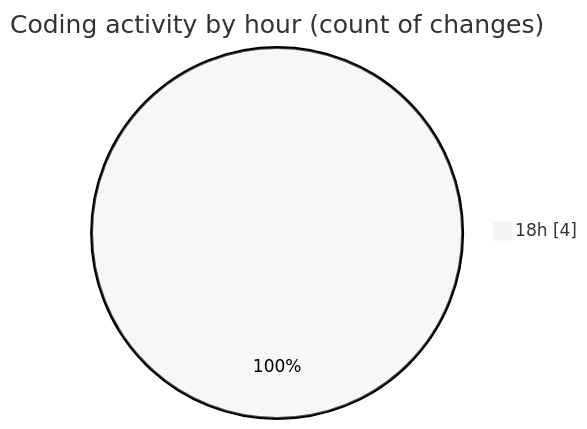
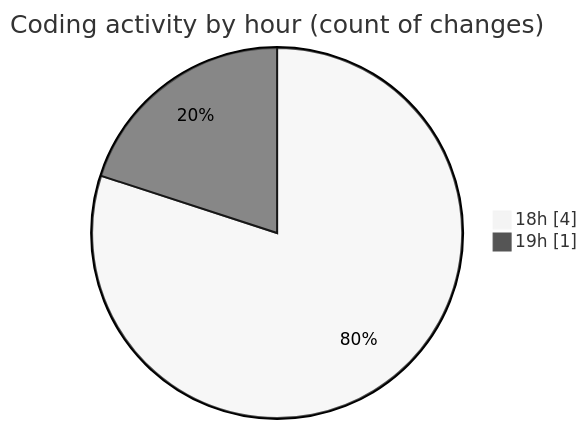
Before and after one commit to idhammustaqopulfikri/code-tracking: the second of 2 diagrams in 2025-04-27/crud-filament/README.md, drawn with Mermaid (neutral theme). The commit also changed other lines of this file and 1 other file, not shown here.

````diff
--- a/2025-04-27/crud-filament/README.md
+++ b/2025-04-27/crud-filament/README.md
@@ -28,5 +30,6 @@
 ```mermaid
 pie showData
 title Coding activity by hour (count of changes)
 "18h" : 4
+"19h" : 1
 ```
````
